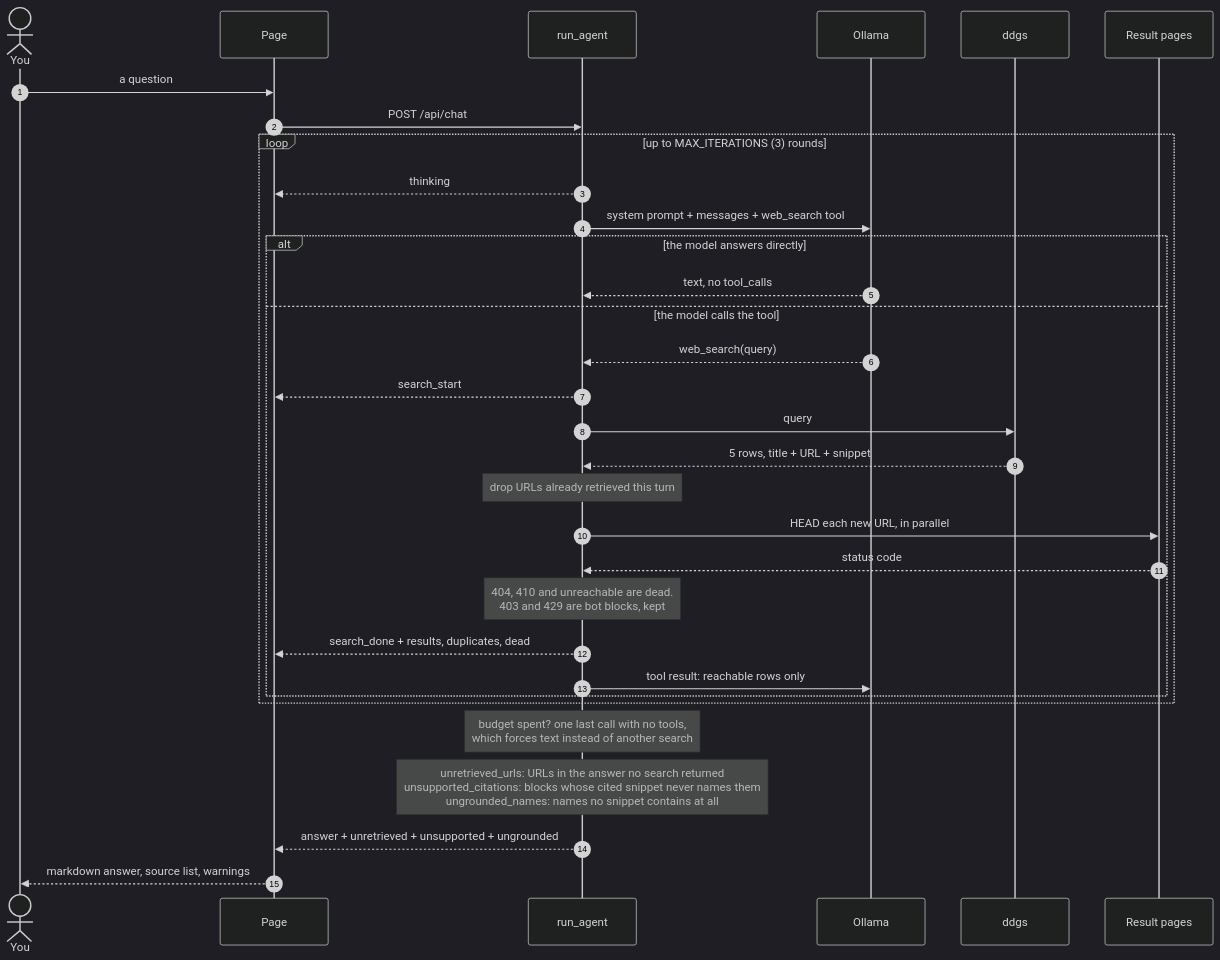
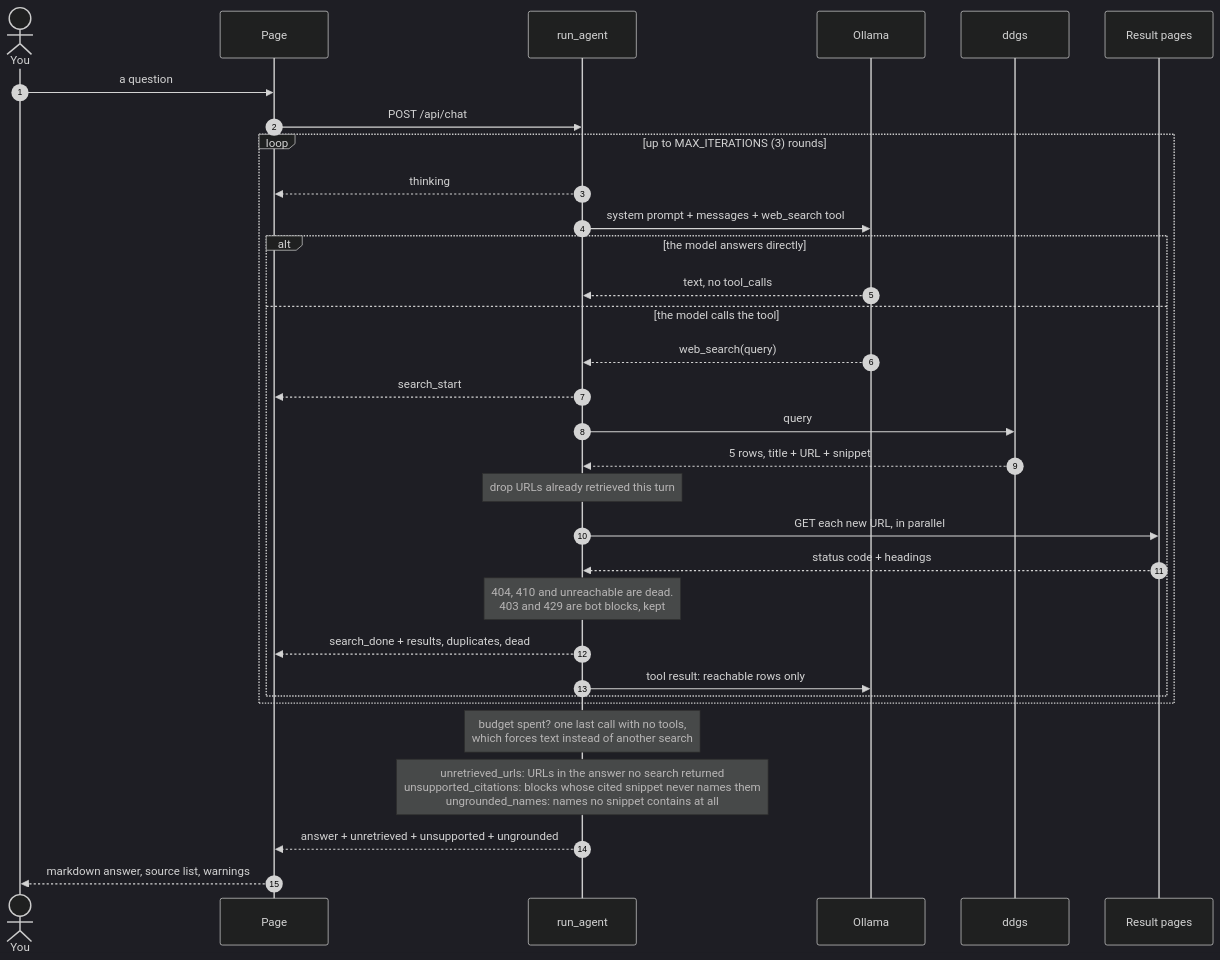
The second of 4 diagrams in ARCHITECTURE.md (leopaul29/local-ai-agent-search), drawn with Mermaid (dark theme) before and after one commit. The commit also changed other lines of this file and 4 other files, not shown here.

````diff
--- a/ARCHITECTURE.md
+++ b/ARCHITECTURE.md
@@ -47,37 +47,37 @@
 ```mermaid
 sequenceDiagram
     autonumber
     actor U as You
     participant P as Page
     participant A as run_agent
     participant M as Ollama
     participant D as ddgs
     participant W as Result pages
 
     U->>P: a question
     P->>A: POST /api/chat
 
     loop up to MAX_ITERATIONS (3) rounds
         A-->>P: thinking
         A->>M: system prompt + messages + web_search tool
         alt the model answers directly
             M-->>A: text, no tool_calls
         else the model calls the tool
             M-->>A: web_search(query)
             A-->>P: search_start
             A->>D: query
             D-->>A: 5 rows, title + URL + snippet
             Note over A: drop URLs already retrieved this turn
-            A->>W: HEAD each new URL, in parallel
-            W-->>A: status code
+            A->>W: GET each new URL, in parallel
+            W-->>A: status code + headings
             Note over A: 404, 410 and unreachable are dead.<br/>403 and 429 are bot blocks, kept
             A-->>P: search_done + results, duplicates, dead
             A->>M: tool result: reachable rows only
         end
     end
 
     Note over A: budget spent? one last call with no tools,<br/>which forces text instead of another search
     Note over A: unretrieved_urls: URLs in the answer no search returned<br/>unsupported_citations: blocks whose cited snippet never names them<br/>ungrounded_names: names no snippet contains at all
     A-->>P: answer + unretrieved + unsupported + ungrounded
     P-->>U: markdown answer, source list, warnings
 ```
````
